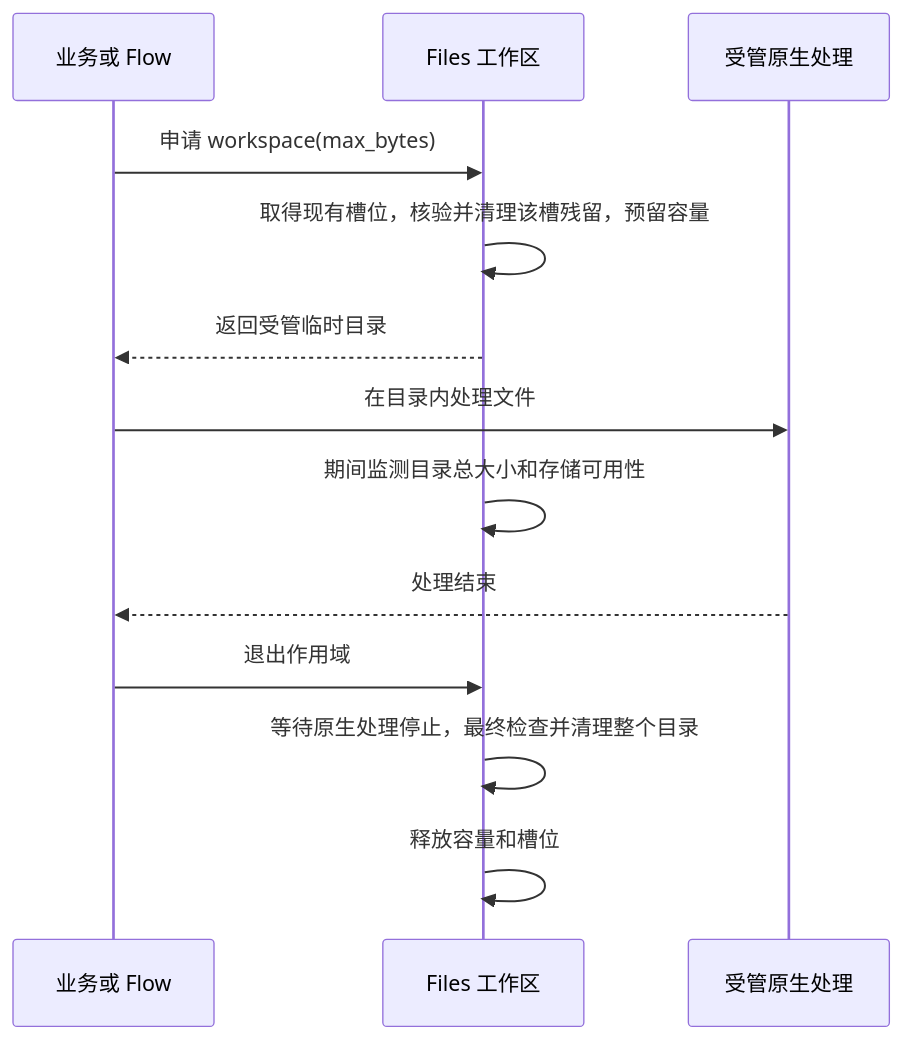
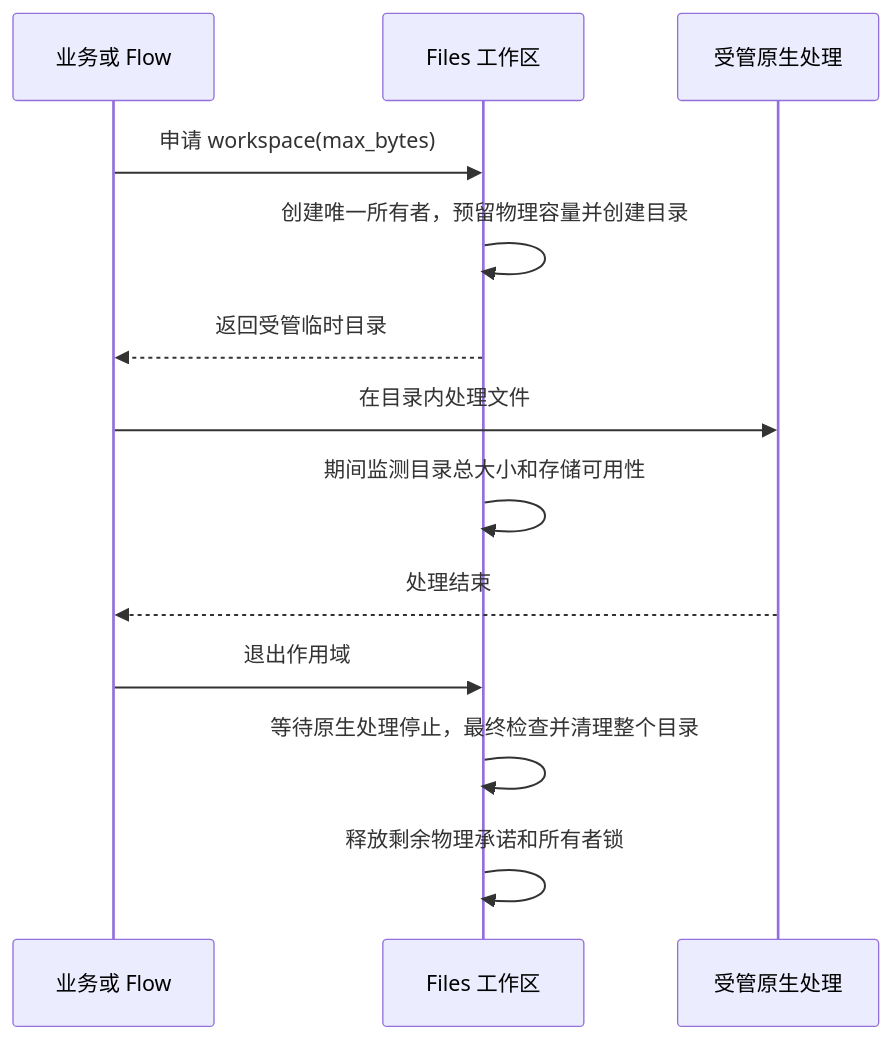
Before and after one commit to pfjhyyj/keystone: diagram 11 of 12 in docs/domains/files.md, drawn with Mermaid. The commit also changed other lines of this file and 35 other files, not shown here.

````diff
--- a/docs/domains/files.md
+++ b/docs/domains/files.md
@@ -301,15 +301,15 @@
 ```mermaid
 sequenceDiagram
     participant B as 业务或 Flow
     participant F as Files 工作区
     participant P as 受管原生处理
     B->>F: 申请 workspace(max_bytes)
-    F->>F: 取得现有槽位，核验并清理该槽残留，预留容量
+    F->>F: 创建唯一所有者，预留物理容量并创建目录
     F-->>B: 返回受管临时目录
     B->>P: 在目录内处理文件
     F->>F: 期间监测目录总大小和存储可用性
     P-->>B: 处理结束
     B->>F: 退出作用域
     F->>F: 等待原生处理停止，最终检查并清理整个目录
-    F->>F: 释放容量和槽位
+    F->>F: 释放剩余物理承诺和所有者锁
 ```
````
